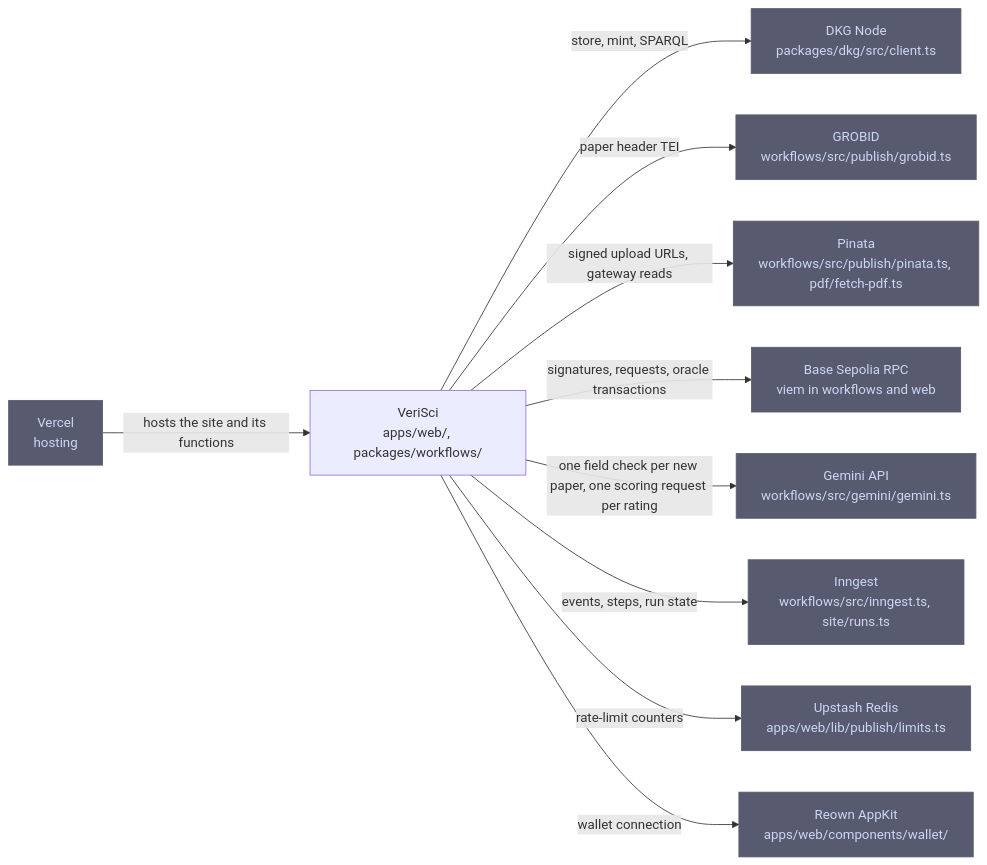
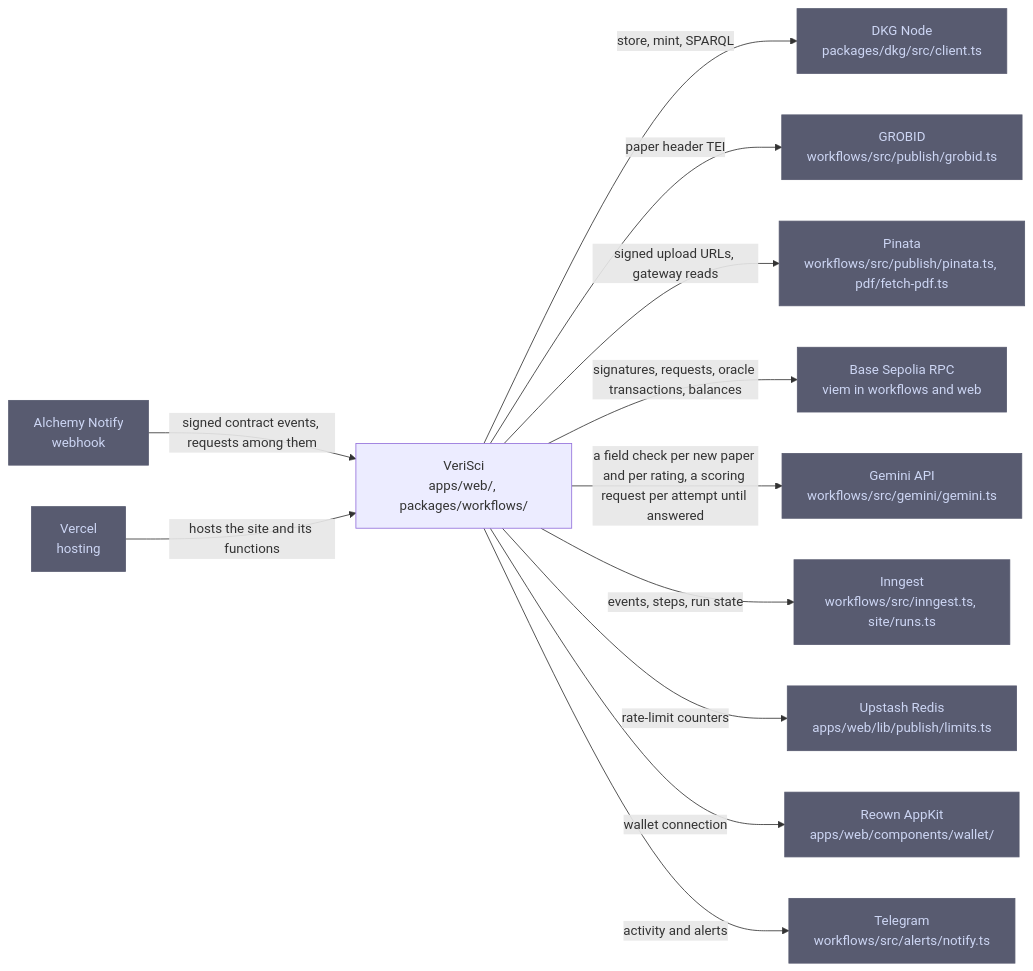
One commit to SiegfriedBz/labstrail changed the diagram in .omm/external-integrations/diagram.mmd. Above: the diagram before and after it, drawn with Mermaid. The commit also changed 176 other files, not shown here.

```diff
--- a/.omm/external-integrations/diagram.mmd
+++ b/.omm/external-integrations/diagram.mmd
@@ -1,12 +1,14 @@
 graph LR
     verisci["VeriSci\napps/web/, packages/workflows/"] -->|"store, mint, SPARQL"| dkg-node["DKG Node\npackages/dkg/src/client.ts"]
     verisci -->|"paper header TEI"| grobid["GROBID\nworkflows/src/publish/grobid.ts"]
     verisci -->|"signed upload URLs, gateway reads"| pinata["Pinata\nworkflows/src/publish/pinata.ts, pdf/fetch-pdf.ts"]
-    verisci -->|"signatures, requests, oracle transactions"| base-rpc["Base Sepolia RPC\nviem in workflows and web"]
-    verisci -->|"one field check per new paper, one scoring request per rating"| gemini["Gemini API\nworkflows/src/gemini/gemini.ts"]
+    verisci -->|"signatures, requests, oracle transactions, balances"| base-rpc["Base Sepolia RPC\nviem in workflows and web"]
+    verisci -->|"a field check per new paper and per rating, a scoring request per attempt until answered"| gemini["Gemini API\nworkflows/src/gemini/gemini.ts"]
     verisci -->|"events, steps, run state"| inngest["Inngest\nworkflows/src/inngest.ts, site/runs.ts"]
     verisci -->|"rate-limit counters"| upstash["Upstash Redis\napps/web/lib/publish/limits.ts"]
     verisci -->|"wallet connection"| reown["Reown AppKit\napps/web/components/wallet/"]
+    verisci -->|"activity and alerts"| telegram["Telegram\nworkflows/src/alerts/notify.ts"]
+    alchemy-notify["Alchemy Notify\nwebhook"] -->|"signed contract events, requests among them"| verisci
     vercel["Vercel\nhosting"] -->|"hosts the site and its functions"| verisci
     classDef external fill:#585b70,stroke:#585b70,color:#cdd6f4
-    class dkg-node,grobid,pinata,base-rpc,gemini,inngest,upstash,reown,vercel external
+    class dkg-node,grobid,pinata,base-rpc,gemini,inngest,upstash,reown,telegram,alchemy-notify,vercel external
```
